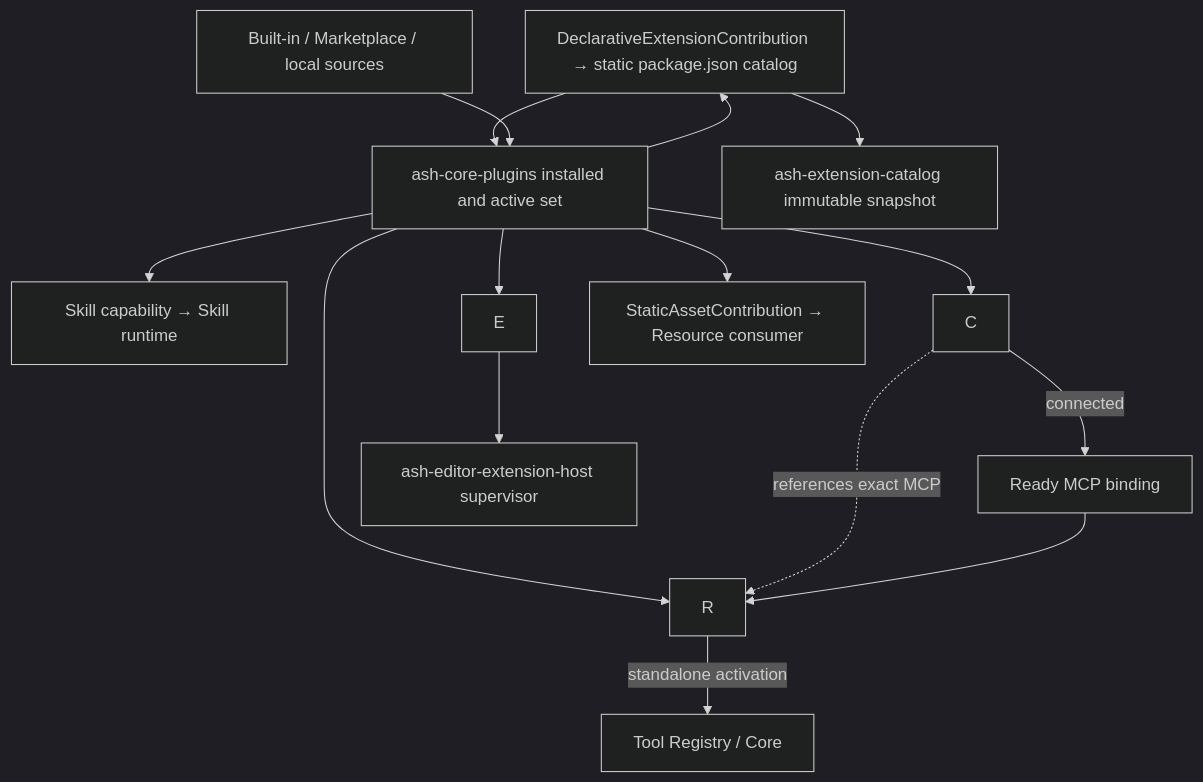
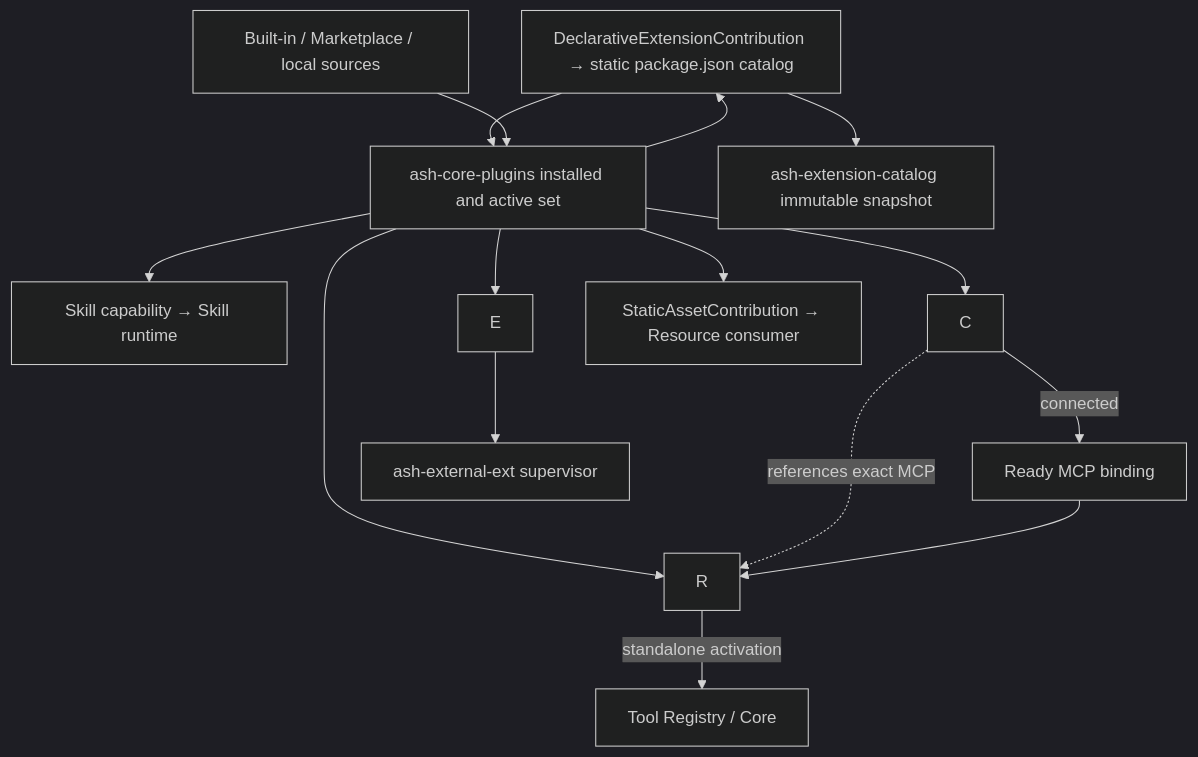
Before and after one commit to chogng/ash: the diagram in docs/plugins.md, drawn with Mermaid (dark theme). The commit also changed other lines of this file and 168 other files, not shown here.

First line of the commit message:
migrate external extension crates and SDKs

````diff
--- a/docs/plugins.md
+++ b/docs/plugins.md
@@ -72,17 +72,17 @@
 ```mermaid
 flowchart TD
     D["ash-plugin definitions"] --> P["ash-core-plugins installed and active set"]
     M["Built-in / Marketplace / local sources"] --> P
     P --> S["Skill capability → Skill runtime"]
     P --> C
     P --> R
     P --> E
     P --> D["DeclarativeExtensionContribution → static package.json catalog"]
     P --> A["StaticAssetContribution → Resource consumer"]
     C -. "references exact MCP" .-> R
     C -->|"connected"| B["Ready MCP binding"]
     R -->|"standalone activation"| T["Tool Registry / Core"]
-    E --> H["ash-editor-extension-host supervisor"]
+    E --> H["ash-external-ext supervisor"]
     D --> X["ash-extension-catalog immutable snapshot"]
     B --> R
 ```
````
